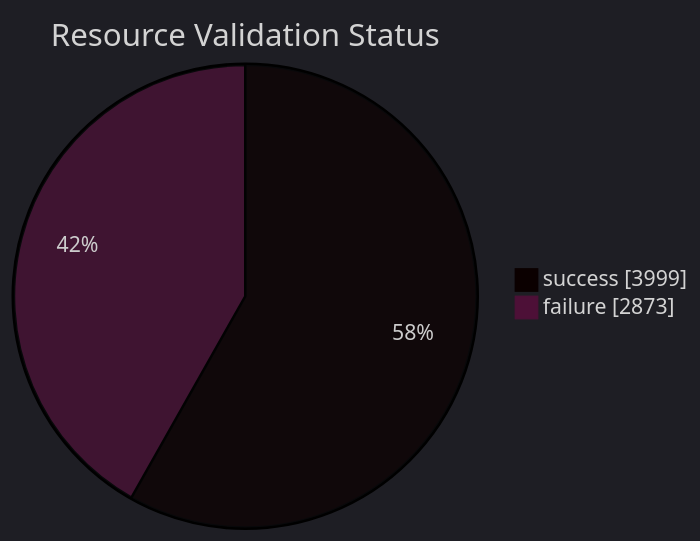
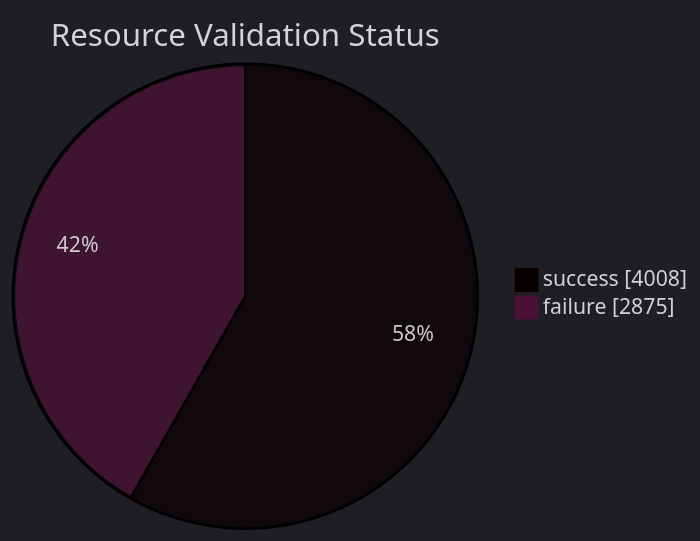
One commit to open-data/analytics-corporate-reporting changed the diagram in datastore_tracker/resource_validation_status_pie_chart.md. Above: the diagram before and after it, drawn with Mermaid. The commit also changed 11 other files, not shown here.

````diff
--- a/datastore_tracker/resource_validation_status_pie_chart.md
+++ b/datastore_tracker/resource_validation_status_pie_chart.md
@@ -2,9 +2,9 @@
 ```mermaid
 ---
 config:
   theme: dark
 ---
 pie showData title Resource Validation Status
-    "success": 3999
-    "failure": 2873
+    "success": 4008
+    "failure": 2875
 ```
````
